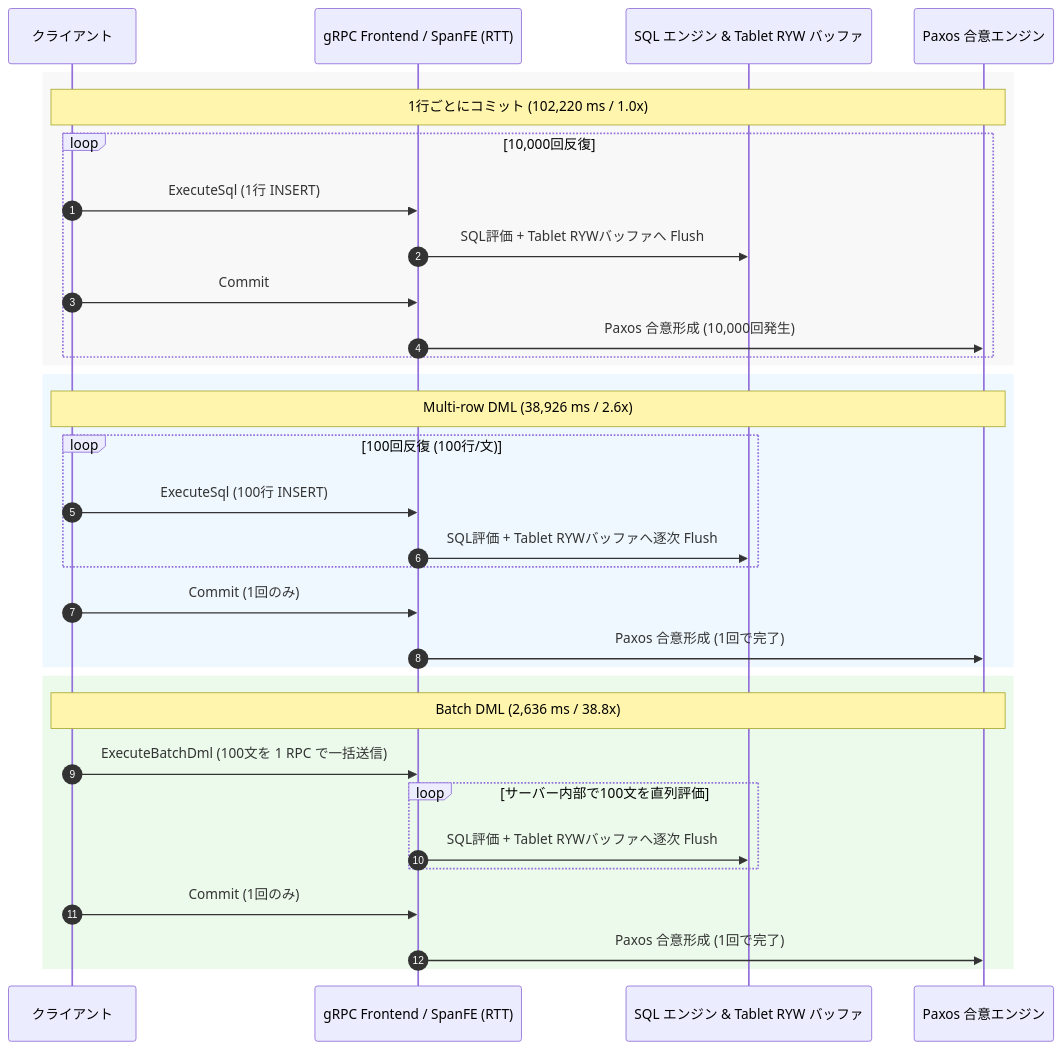
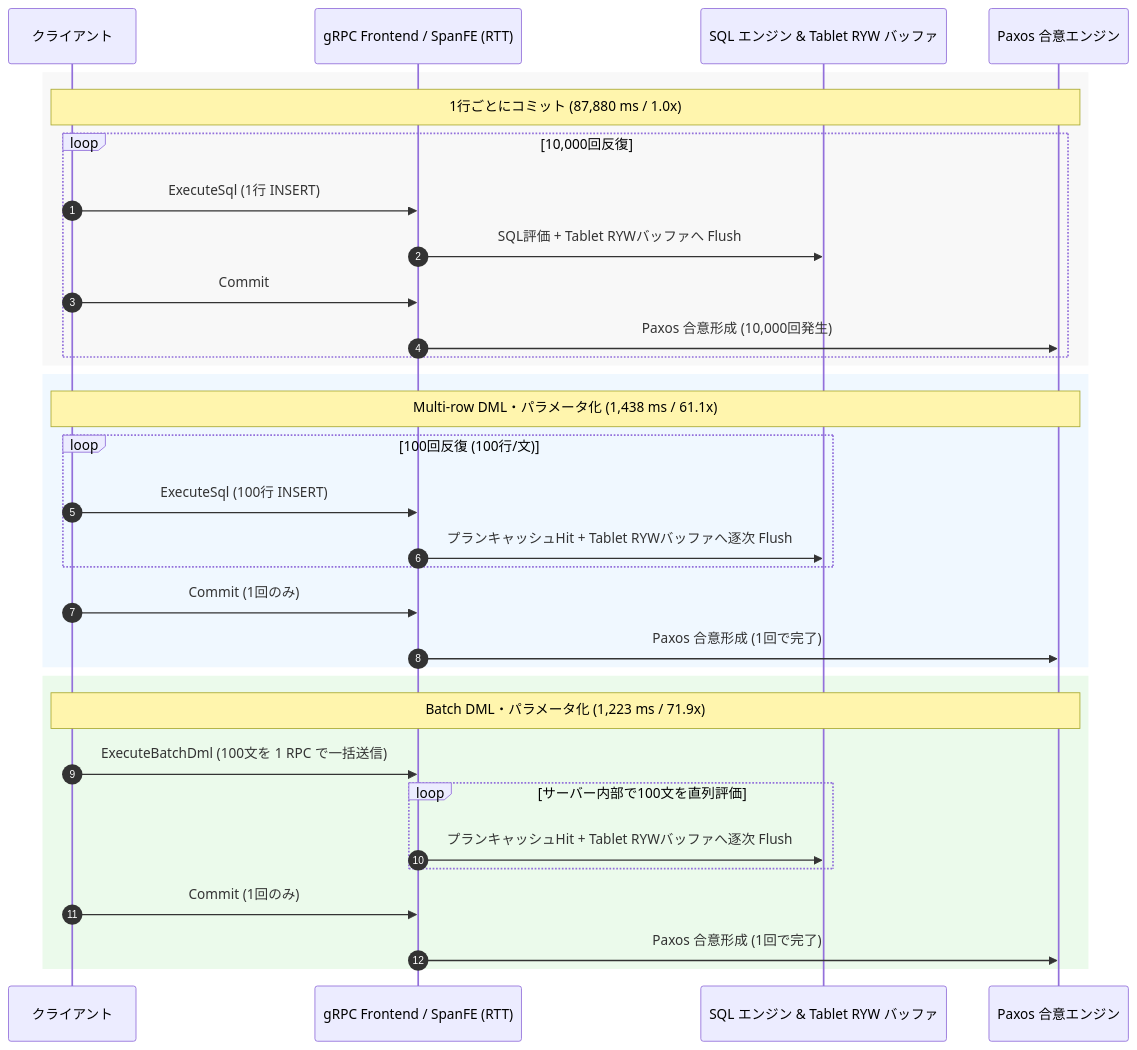
The second of 6 diagrams in articles/7aad16e9b5760d.md (michity15169/zenn-content), drawn with Mermaid before and after one commit. The commit also changed other lines of this file, not shown here.

````diff
--- a/articles/7aad16e9b5760d.md
+++ b/articles/7aad16e9b5760d.md
@@ -167,38 +169,38 @@
 ```mermaid
 sequenceDiagram
     autonumber
     participant C as クライアント
     participant GW as gRPC Frontend / SpanFE (RTT)
     participant SQL as SQL エンジン & Tablet RYW バッファ
     participant P as Paxos 合意エンジン
 
     rect rgb(248, 248, 248)
-    Note over C,P: 1行ごとにコミット (102,220 ms / 1.0x)
+    Note over C,P: 1行ごとにコミット (87,880 ms / 1.0x)
     loop 10,000回反復
         C->>GW: ExecuteSql (1行 INSERT)
         GW->>SQL: SQL評価 + Tablet RYWバッファへ Flush
         C->>GW: Commit
         GW->>P: Paxos 合意形成 (10,000回発生)
     end
     end
 
     rect rgb(240, 248, 255)
-    Note over C,P: Multi-row DML (38,926 ms / 2.6x)
+    Note over C,P: Multi-row DML・パラメータ化 (1,438 ms / 61.1x)
     loop 100回反復 (100行/文)
         C->>GW: ExecuteSql (100行 INSERT)
-        GW->>SQL: SQL評価 + Tablet RYWバッファへ逐次 Flush
+        GW->>SQL: プランキャッシュHit + Tablet RYWバッファへ逐次 Flush
     end
     C->>GW: Commit (1回のみ)
     GW->>P: Paxos 合意形成 (1回で完了)
     end
 
     rect rgb(235, 250, 235)
-    Note over C,P: Batch DML (2,636 ms / 38.8x)
+    Note over C,P: Batch DML・パラメータ化 (1,223 ms / 71.9x)
     C->>GW: ExecuteBatchDml (100文を 1 RPC で一括送信)
     loop サーバー内部で100文を直列評価
-        GW->>SQL: SQL評価 + Tablet RYWバッファへ逐次 Flush
+        GW->>SQL: プランキャッシュHit + Tablet RYWバッファへ逐次 Flush
     end
     C->>GW: Commit (1回のみ)
     GW->>P: Paxos 合意形成 (1回で完了)
     end
 ```
````
